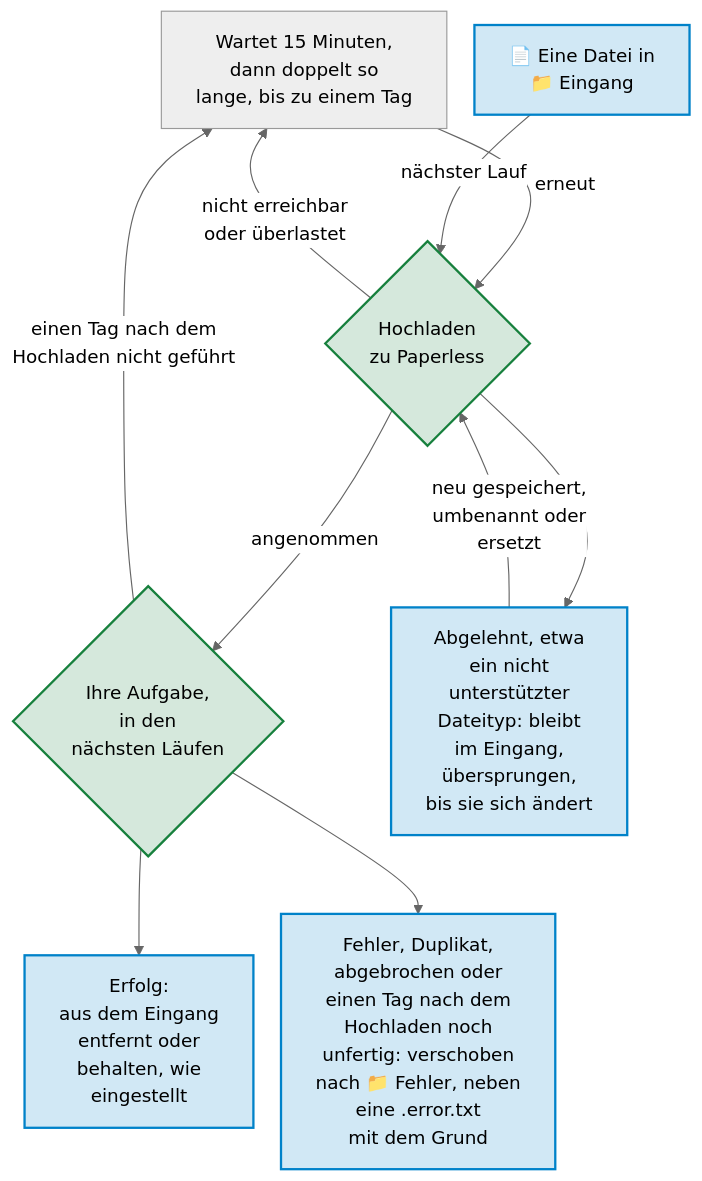
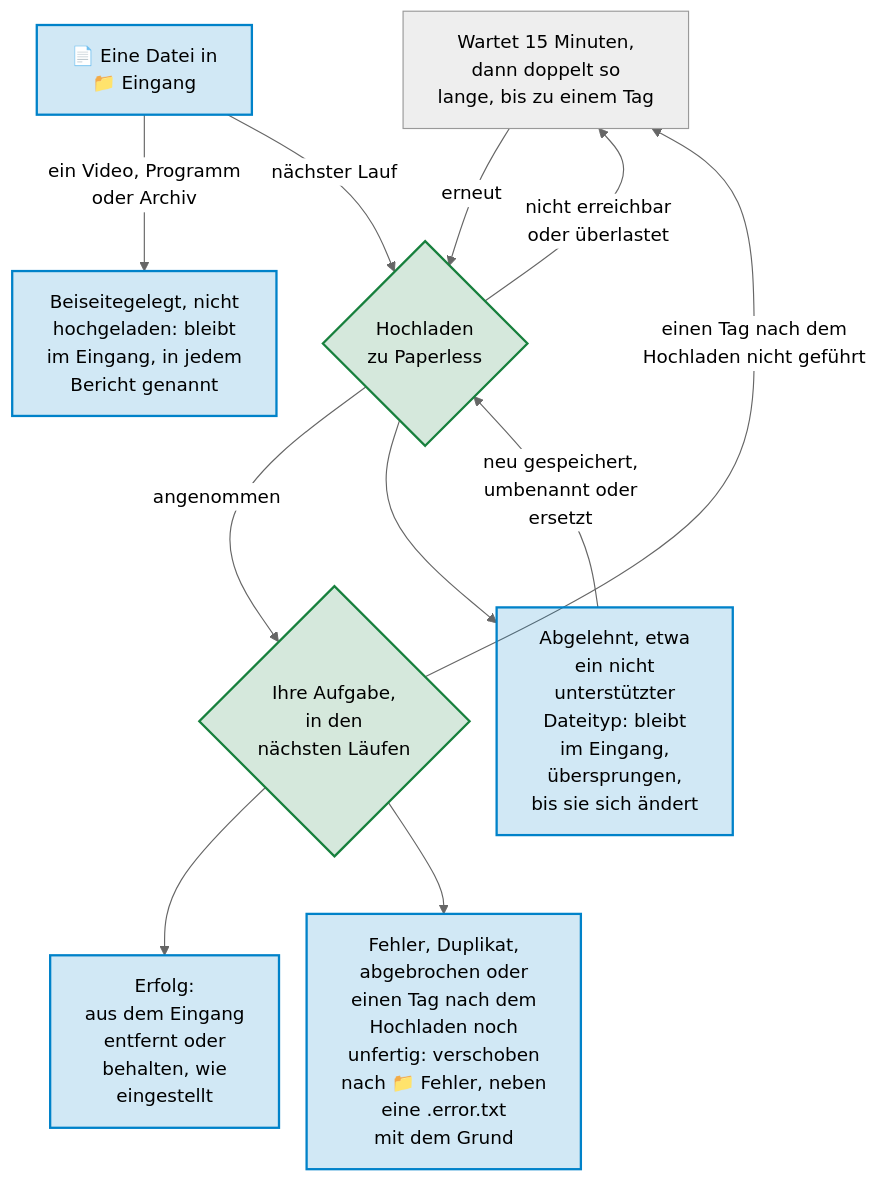
One commit to Dennis-Otto/paperless-sync changed the diagram in docs/diagrams/the-way-of-a-file-from-the-inbox-to-paperless.de.mmd. Above: the diagram before and after it, drawn with Mermaid (neutral theme). The commit also changed 38 other files, not shown here.

```diff
--- a/docs/diagrams/the-way-of-a-file-from-the-inbox-to-paperless.de.mmd
+++ b/docs/diagrams/the-way-of-a-file-from-the-inbox-to-paperless.de.mmd
@@ -1,32 +1,34 @@
 ---
 config:
   flowchart:
     nodeSpacing: 24
 ---
 flowchart TB
     accTitle: Der Weg einer Datei aus dem Eingang zu Paperless
-    accDescr: Im nächsten Lauf wird eine Datei im Ordner Eingang zu Paperless hochgeladen. Ist Paperless nicht erreichbar oder überlastet, wartet die Datei 15 Minuten, dann jedes Mal doppelt so lange, bis zu einem Tag, und wird erneut hochgeladen. Lehnt Paperless sie ab, etwa eine Datei eines nicht unterstützten Typs, bleibt sie im Eingang und wird übersprungen, bis sie neu gespeichert, umbenannt oder ersetzt wird. Nimmt Paperless sie an, verfolgen die nächsten Läufe ihre Paperless-Aufgabe, solange sie läuft: Nach Erfolg wird die Datei aus dem Eingang entfernt oder behalten, wie eingestellt; nach einem Fehler, einem Duplikat oder einer abgebrochenen Aufgabe wandert sie in den Ordner Fehler, neben eine .error.txt mit dem Grund. Einen Tag nach dem Hochladen gilt eine Datei, deren Inhalt Paperless hat, als importiert; eine Aufgabe, die Paperless noch unfertig führt, verschiebt die Datei in den Ordner Fehler, damit ein zweites Hochladen kein Duplikat erzeugen kann; und eine Aufgabe, die Paperless nicht führt, schickt die Datei ebenfalls in die Wartezeit, und sie wird erneut hochgeladen.
+    accDescr: Ein Video, ein Programm oder ein Archiv bleibt im Ordner Eingang, und der Bericht jedes Laufs nennt es als beiseitegelegt. Im nächsten Lauf wird jede andere Datei im Ordner Eingang zu Paperless hochgeladen. Ist Paperless nicht erreichbar oder überlastet, wartet die Datei 15 Minuten, dann jedes Mal doppelt so lange, bis zu einem Tag, und wird erneut hochgeladen. Lehnt Paperless sie ab, etwa eine Datei eines nicht unterstützten Typs, bleibt sie im Eingang und wird übersprungen, bis sie neu gespeichert, umbenannt oder ersetzt wird. Nimmt Paperless sie an, verfolgen die nächsten Läufe ihre Paperless-Aufgabe, solange sie läuft: Nach Erfolg wird die Datei aus dem Eingang entfernt oder behalten, wie eingestellt; nach einem Fehler, einem Duplikat oder einer abgebrochenen Aufgabe wandert sie in den Ordner Fehler, neben eine .error.txt mit dem Grund. Einen Tag nach dem Hochladen gilt eine Datei, deren Inhalt Paperless hat, als importiert; eine Aufgabe, die Paperless noch unfertig führt, verschiebt die Datei in den Ordner Fehler, damit ein zweites Hochladen kein Duplikat erzeugen kann; und eine Aufgabe, die Paperless nicht führt, schickt die Datei ebenfalls in die Wartezeit, und sie wird erneut hochgeladen.
 
     %% The wait takes the uploads that failed for a time and the tasks without an end back to the upload.
     retry["Wartet 15 Minuten,<br>dann doppelt so<br>lange, bis zu einem Tag"]
     file["📄 Eine Datei in<br>📁 Eingang"]
+    aside["Beiseitegelegt, nicht<br>hochgeladen: bleibt<br>im Eingang, in jedem<br>Bericht genannt"]
     upload{"Hochladen<br>zu Paperless"}
     task{"Ihre Aufgabe,<br>in den<br>nächsten Läufen"}
     refused["Abgelehnt, etwa<br>ein nicht<br>unterstützter<br>Dateityp: bleibt<br>im Eingang,<br>übersprungen,<br>bis sie sich ändert"]
     done["Erfolg:<br>aus dem Eingang<br>entfernt oder<br>behalten, wie<br>eingestellt"]
     failed["Fehler, Duplikat,<br>abgebrochen oder<br>einen Tag nach dem<br>Hochladen noch<br>unfertig: verschoben<br>nach 📁 Fehler, neben<br>eine .error.txt<br>mit dem Grund"]
 
     retry -- "erneut" --> upload
+    file -- "ein Video, Programm<br>oder Archiv" --> aside
     file -- "nächster Lauf" --> upload
     upload -- "nicht erreichbar<br>oder überlastet" --> retry
     upload -- "angenommen" --> task
     upload --> refused
     refused -- "neu gespeichert,<br>umbenannt oder<br>ersetzt" --> upload
     task --> done
     task --> failed
     task -- "einen Tag nach dem<br>Hochladen nicht geführt" --> retry
 
     classDef nextcloud fill:#0082c92e,stroke:#0082c9,stroke-width:2px
     classDef paperless fill:#17803d2e,stroke:#17803d,stroke-width:2px
-    class file,refused,done,failed nextcloud
+    class file,aside,refused,done,failed nextcloud
     class upload,task paperless
```
